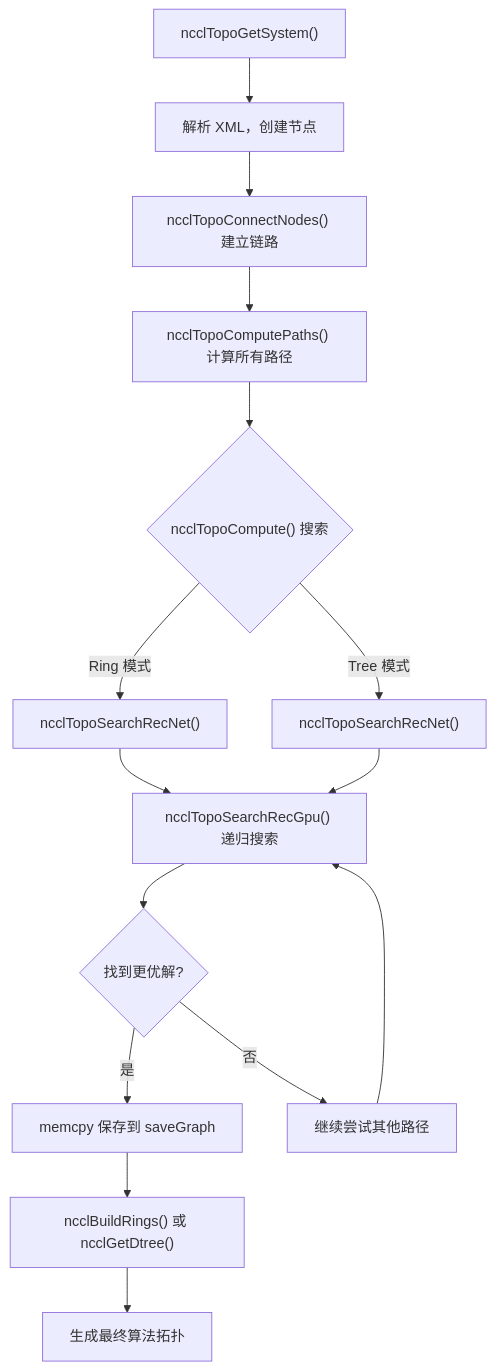
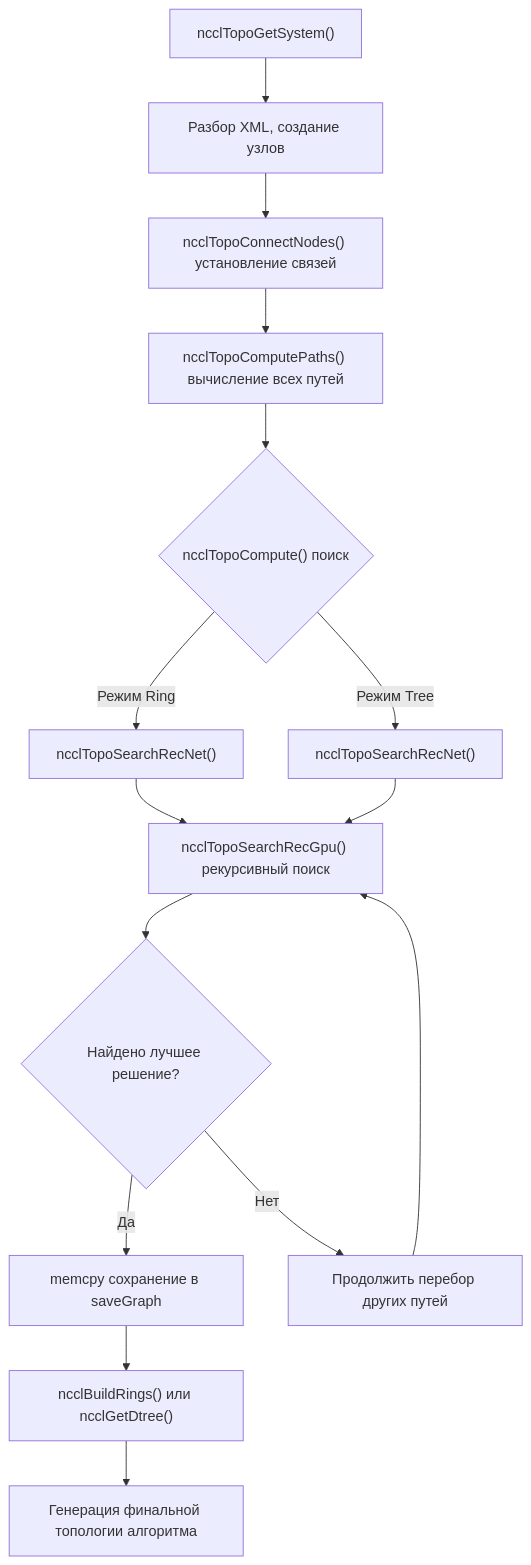
Before and after one commit to maleRjc/AiReadCodeBooks: the first of 2 diagrams in books/nccl/ru/04-topology-discovery-and-graph-search.md, drawn with Mermaid. The commit also changed other lines of this file and 74 other files, not shown here.

````diff
--- a/books/nccl/ru/04-topology-discovery-and-graph-search.md
+++ b/books/nccl/ru/04-topology-discovery-and-graph-search.md
@@ -548,17 +550,17 @@
 ```mermaid
 flowchart TD
-    A["ncclTopoGetSystem()"] --> B["解析 XML，创建节点"]
-    B --> C["ncclTopoConnectNodes() 建立链路"]
-    C --> D["ncclTopoComputePaths() 计算所有路径"]
-    D --> E{"ncclTopoCompute() 搜索"}
-    E -->|"Ring 模式"| F["ncclTopoSearchRecNet()"]
-    E -->|"Tree 模式"| G["ncclTopoSearchRecNet()"]
-    F --> H["ncclTopoSearchRecGpu() 递归搜索"]
+    A["ncclTopoGetSystem()"] --> B["Разбор XML, создание узлов"]
+    B --> C["ncclTopoConnectNodes() установление связей"]
+    C --> D["ncclTopoComputePaths() вычисление всех путей"]
+    D --> E{"ncclTopoCompute() поиск"}
+    E -->|"Режим Ring"| F["ncclTopoSearchRecNet()"]
+    E -->|"Режим Tree"| G["ncclTopoSearchRecNet()"]
+    F --> H["ncclTopoSearchRecGpu() рекурсивный поиск"]
     G --> H
-    H --> I{"找到更优解?"}
-    I -->|"是"| J["memcpy 保存到 saveGraph"]
-    I -->|"否"| K["继续尝试其他路径"]
-    J --> L["ncclBuildRings() 或 ncclGetDtree()"]
+    H --> I{"Найдено лучшее решение?"}
+    I -->|"Да"| J["memcpy сохранение в saveGraph"]
+    I -->|"Нет"| K["Продолжить перебор других путей"]
+    J --> L["ncclBuildRings() или ncclGetDtree()"]
     K --> H
-    L --> M["生成最终算法拓扑"]
+    L --> M["Генерация финальной топологии алгоритма"]
 ```
````
